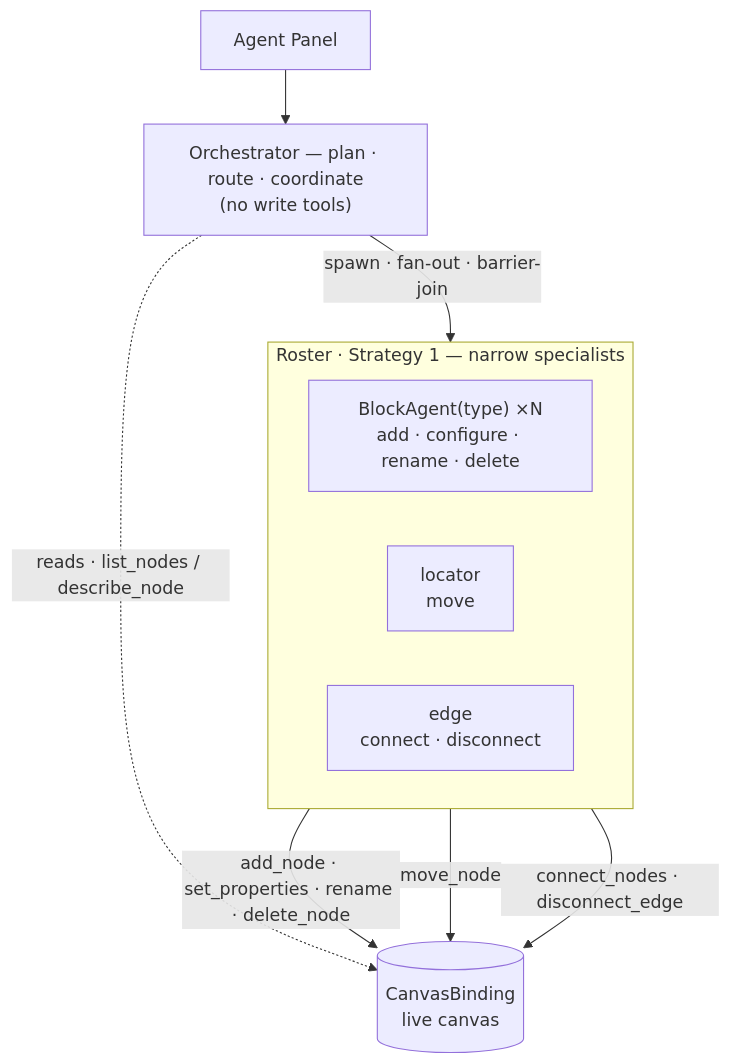
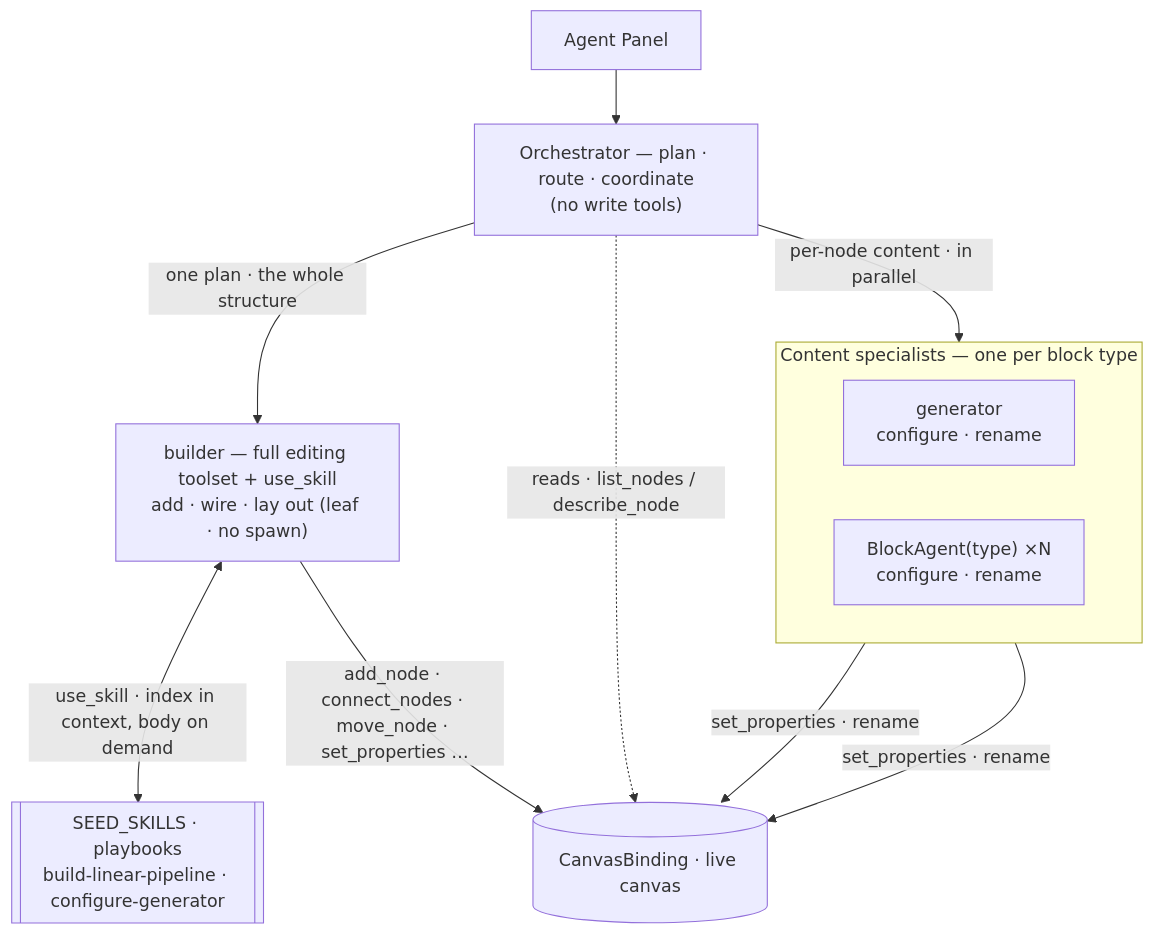
Before and after one commit to lemoncloud-io/eureka-flow: the second of 4 diagrams in docs/browser-agent/design/architecture.md, drawn with Mermaid. The commit also changed other lines of this file and 55 other files, not shown here.

````diff
--- a/docs/browser-agent/design/architecture.md
+++ b/docs/browser-agent/design/architecture.md
@@ -73,16 +67,17 @@
 ```mermaid
 flowchart TD
     Panel[Agent Panel] --> Orch["Orchestrator — plan · route · coordinate<br/>(no write tools)"]
-    Orch -->|"spawn · fan-out · barrier-join"| R1
-    subgraph R1["Roster · Strategy 1 — narrow specialists"]
+    Orch -->|"one plan · the whole structure"| B["builder — full editing toolset + use_skill<br/>add · wire · lay out (leaf · no spawn)"]
+    Orch -->|"per-node content · in parallel"| C
+    subgraph C["Content specialists — one per block type"]
         direction LR
-        BA["BlockAgent(type) ×N<br/>add · configure · rename · delete"]
-        LOC["locator<br/>move"]
-        EDG["edge<br/>connect · disconnect"]
+        GEN["generator<br/>configure · rename"]
+        BA["BlockAgent(type) ×N<br/>configure · rename"]
     end
-    BA -->|"add_node · set_properties · rename · delete_node"| Bind
-    LOC -->|move_node| Bind
-    EDG -->|"connect_nodes · disconnect_edge"| Bind
-    Bind[("CanvasBinding<br/>live canvas")]
+    B <-->|"use_skill · index in context, body on demand"| SK[["SEED_SKILLS · playbooks<br/>build-linear-pipeline · configure-generator"]]
+    B -->|"add_node · connect_nodes · move_node · set_properties …"| Bind
+    GEN -->|"set_properties · rename"| Bind
+    BA -->|"set_properties · rename"| Bind
+    Bind[("CanvasBinding · live canvas")]
     Orch -. "reads · list_nodes / describe_node" .-> Bind
 ```
````
